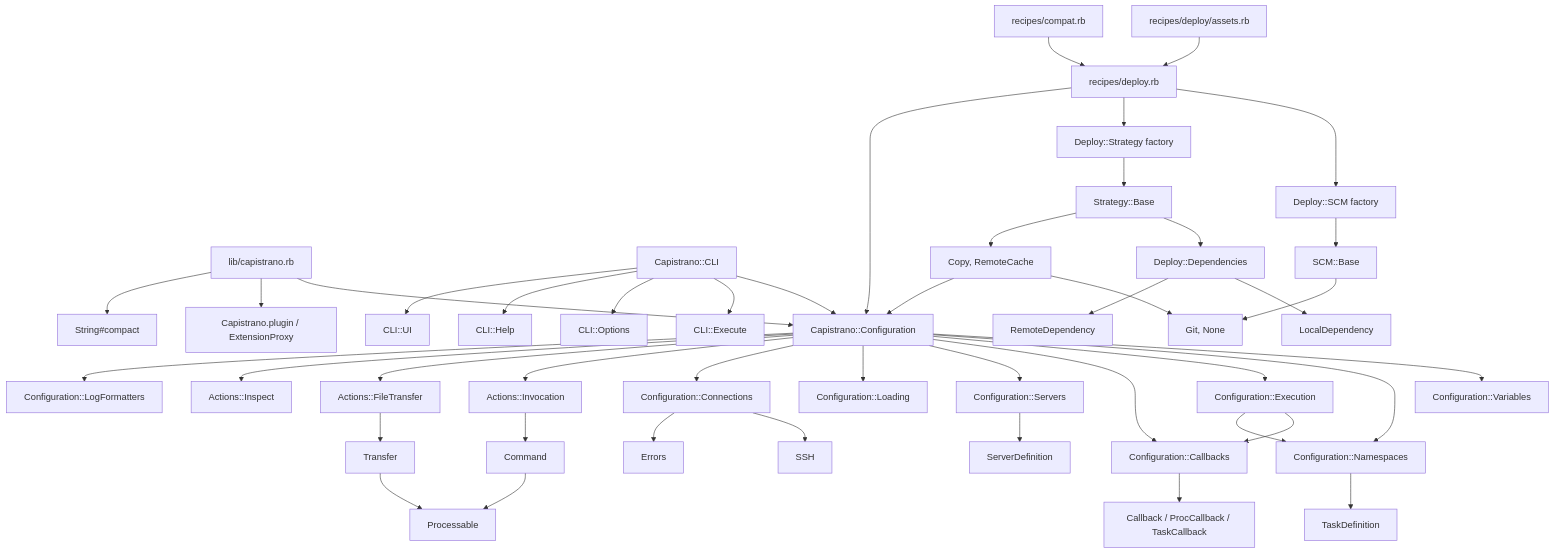
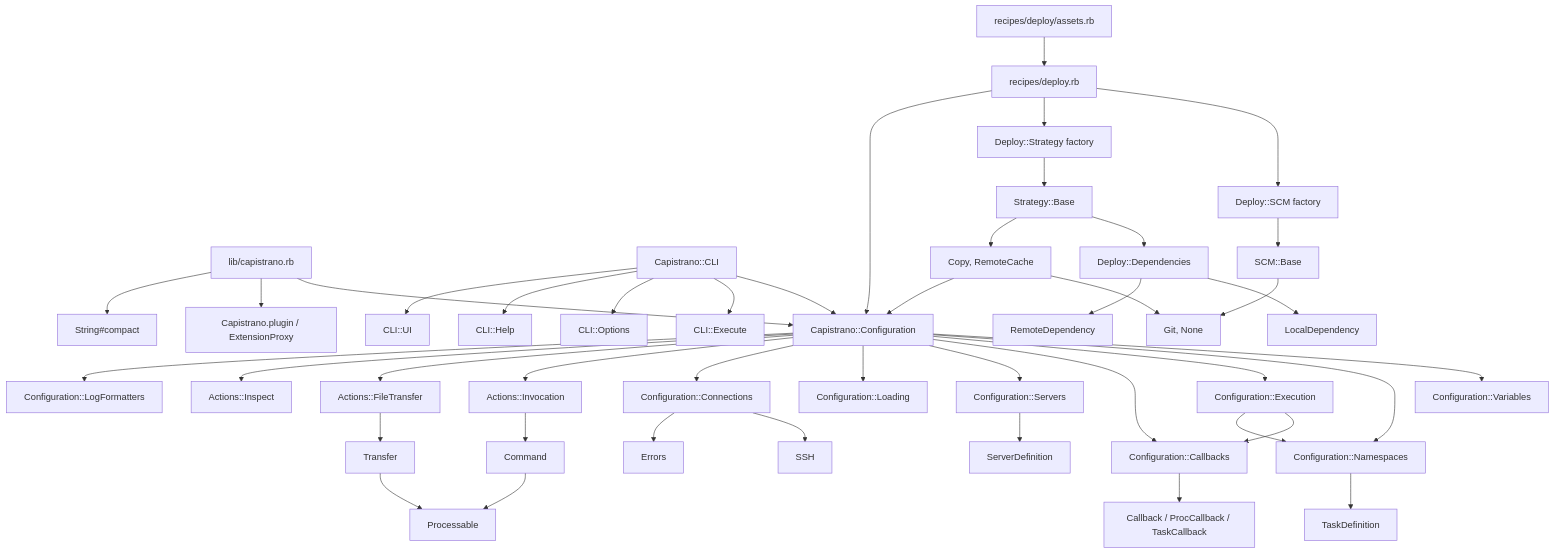
One commit to mackuba/capistrano-lite changed the diagram in docs/lib-codebase-map.md. Above: the diagram before and after it, drawn with Mermaid. The commit also changed other lines of this file and 4 other files, not shown here.

````diff
--- a/docs/lib-codebase-map.md
+++ b/docs/lib-codebase-map.md
@@ -76,52 +75,51 @@
 ```mermaid
 flowchart TD
   root["lib/capistrano.rb"] --> config["Capistrano::Configuration"]
   root --> extensions["Capistrano.plugin / ExtensionProxy"]
   root --> string_ext["String#compact"]
 
   cli["Capistrano::CLI"] --> config
   cli --> cli_execute["CLI::Execute"]
   cli --> cli_options["CLI::Options"]
   cli --> cli_help["CLI::Help"]
   cli --> cli_ui["CLI::UI"]
 
   config --> variables["Configuration::Variables"]
   config --> namespaces["Configuration::Namespaces"]
   config --> execution["Configuration::Execution"]
   config --> callbacks["Configuration::Callbacks"]
   config --> servers_mod["Configuration::Servers"]
   config --> loading["Configuration::Loading"]
   config --> connections["Configuration::Connections"]
   config --> invocation["Actions::Invocation"]
   config --> transfer_actions["Actions::FileTransfer"]
   config --> inspect_actions["Actions::Inspect"]
   config --> log_formatters["Configuration::LogFormatters"]
 
   namespaces --> task_definition["TaskDefinition"]
   servers_mod --> server_definition["ServerDefinition"]
   connections --> ssh["SSH"]
   connections --> errors["Errors"]
   invocation --> command["Command"]
   transfer_actions --> transfer["Transfer"]
   command --> processable["Processable"]
   transfer --> processable
   callbacks --> callback_classes["Callback / ProcCallback / TaskCallback"]
   execution --> callbacks
   execution --> namespaces
 
   deploy_recipe["recipes/deploy.rb"] --> scm_factory["Deploy::SCM factory"]
   deploy_recipe --> strategy_factory["Deploy::Strategy factory"]
   deploy_recipe --> config
   assets_recipe["recipes/deploy/assets.rb"] --> deploy_recipe
-  compat_recipe["recipes/compat.rb"] --> deploy_recipe
 
   scm_factory --> scm_base["SCM::Base"]
   scm_base --> scm_adapters["Git, None"]
   strategy_factory --> strategy_base["Strategy::Base"]
   strategy_base --> dependencies["Deploy::Dependencies"]
   dependencies --> local_dep["LocalDependency"]
   dependencies --> remote_dep["RemoteDependency"]
   strategy_base --> strategies["Copy, RemoteCache"]
   strategies --> scm_adapters
   strategies --> config
 ```
````
